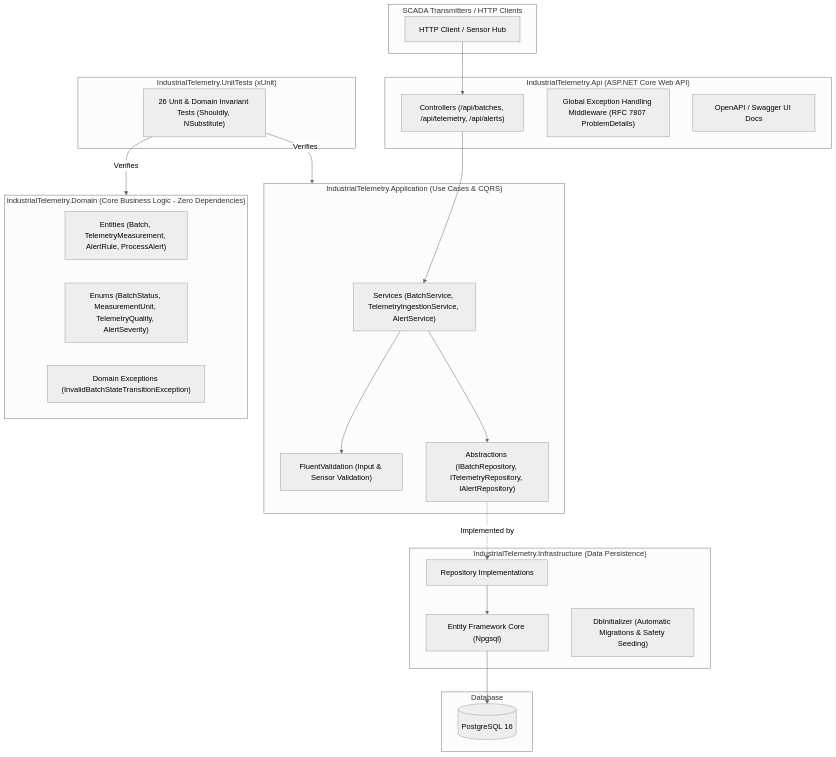
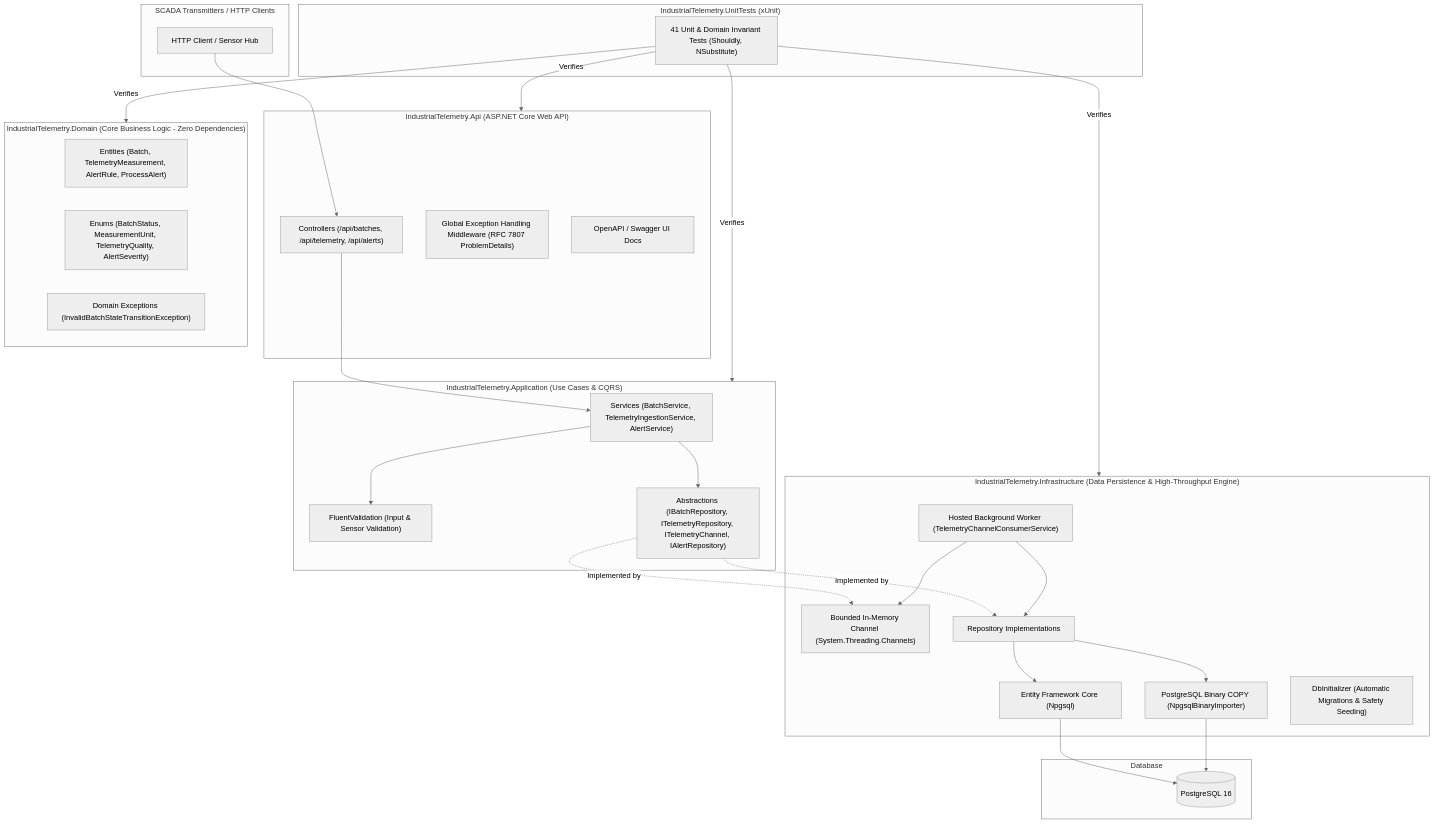
The first of 3 diagrams in README.md (yancsalmeida/IndustrialTelemetry.Engine), drawn with Mermaid (neutral theme) before and after one commit. The commit also changed other lines of this file and 18 other files, not shown here.

First line of the commit message:
feat(telemetry): implement high-throughput channels and postgresql binary copy ingestion

````diff
--- a/README.md
+++ b/README.md
@@ -19,48 +19,58 @@
 ```mermaid
 flowchart TD
     subgraph Client["SCADA Transmitters / HTTP Clients"]
         HTTP["HTTP Client / Sensor Hub"]
     end
 
     subgraph API["IndustrialTelemetry.Api (ASP.NET Core Web API)"]
         Endpoints["Controllers (/api/batches, /api/telemetry, /api/alerts)"]
         Middleware["Global Exception Handling Middleware (RFC 7807 ProblemDetails)"]
         Swagger["OpenAPI / Swagger UI Docs"]
     end
 
     subgraph App["IndustrialTelemetry.Application (Use Cases & CQRS)"]
         Services["Services (BatchService, TelemetryIngestionService, AlertService)"]
         Validators["FluentValidation (Input & Sensor Validation)"]
-        Interfaces["Abstractions (IBatchRepository, ITelemetryRepository, IAlertRepository)"]
+        Interfaces["Abstractions (IBatchRepository, ITelemetryRepository, ITelemetryChannel, IAlertRepository)"]
     end
 
     subgraph Domain["IndustrialTelemetry.Domain (Core Business Logic - Zero Dependencies)"]
         Entities["Entities (Batch, TelemetryMeasurement, AlertRule, ProcessAlert)"]
         Enums["Enums (BatchStatus, MeasurementUnit, TelemetryQuality, AlertSeverity)"]
         Exceptions["Domain Exceptions (InvalidBatchStateTransitionException)"]
     end
 
-    subgraph Infra["IndustrialTelemetry.Infrastructure (Data Persistence)"]
+    subgraph Infra["IndustrialTelemetry.Infrastructure (Data Persistence & High-Throughput Engine)"]
         EFCore["Entity Framework Core (Npgsql)"]
+        BinaryCopy["PostgreSQL Binary COPY (NpgsqlBinaryImporter)"]
+        Channel["Bounded In-Memory Channel (System.Threading.Channels)"]
+        Worker["Hosted Background Worker (TelemetryChannelConsumerService)"]
         Repos["Repository Implementations"]
         DbInit["DbInitializer (Automatic Migrations & Safety Seeding)"]
     end
 
     subgraph DB["Database"]
         PG[("PostgreSQL 16")]
     end
 
     subgraph Tests["IndustrialTelemetry.UnitTests (xUnit)"]
-        UnitTests["26 Unit & Domain Invariant Tests (Shouldly, NSubstitute)"]
+        UnitTests["41 Unit & Domain Invariant Tests (Shouldly, NSubstitute)"]
     end
 
     HTTP --> Endpoints
     Endpoints --> Services
     Services --> Validators
     Services --> Interfaces
     Interfaces -.->|"Implemented by"| Repos
+    Interfaces -.->|"Implemented by"| Channel
     Repos --> EFCore
+    Repos --> BinaryCopy
+    Worker --> Channel
+    Worker --> Repos
     EFCore --> PG
+    BinaryCopy --> PG
     UnitTests -->|"Verifies"| Domain
     UnitTests -->|"Verifies"| App
+    UnitTests -->|"Verifies"| Infra
+    UnitTests -->|"Verifies"| API
 ```
````
